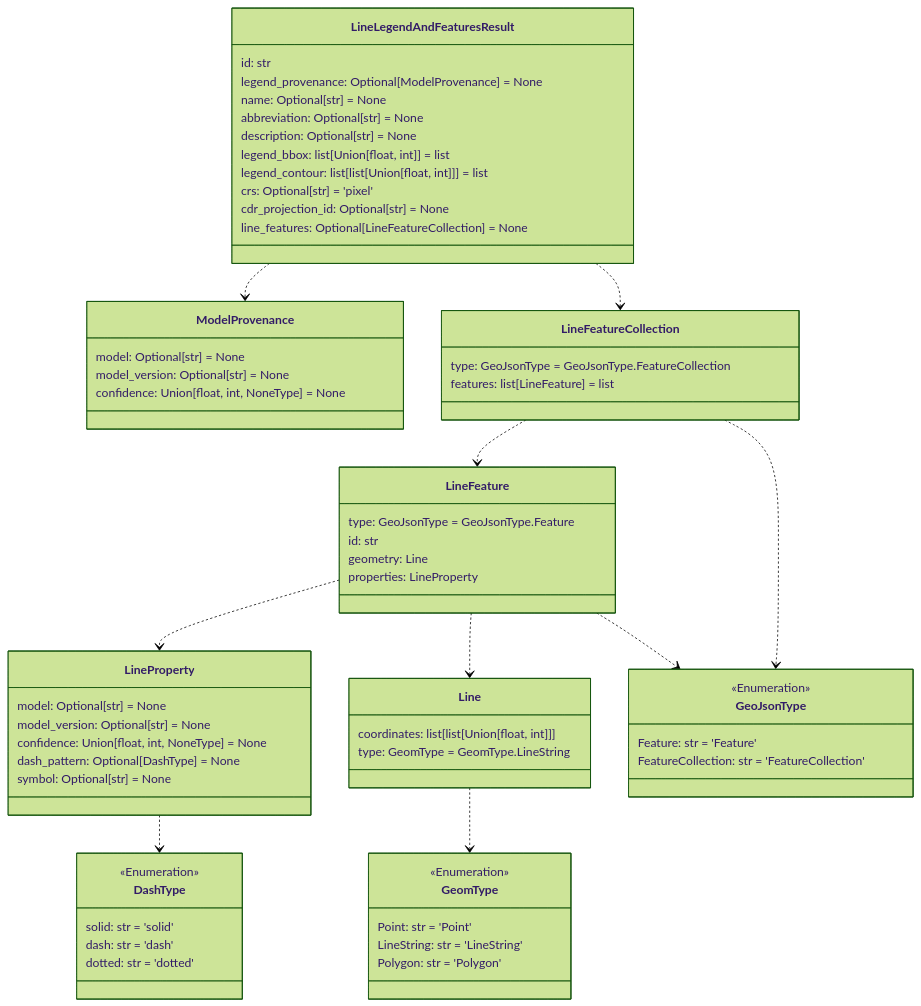
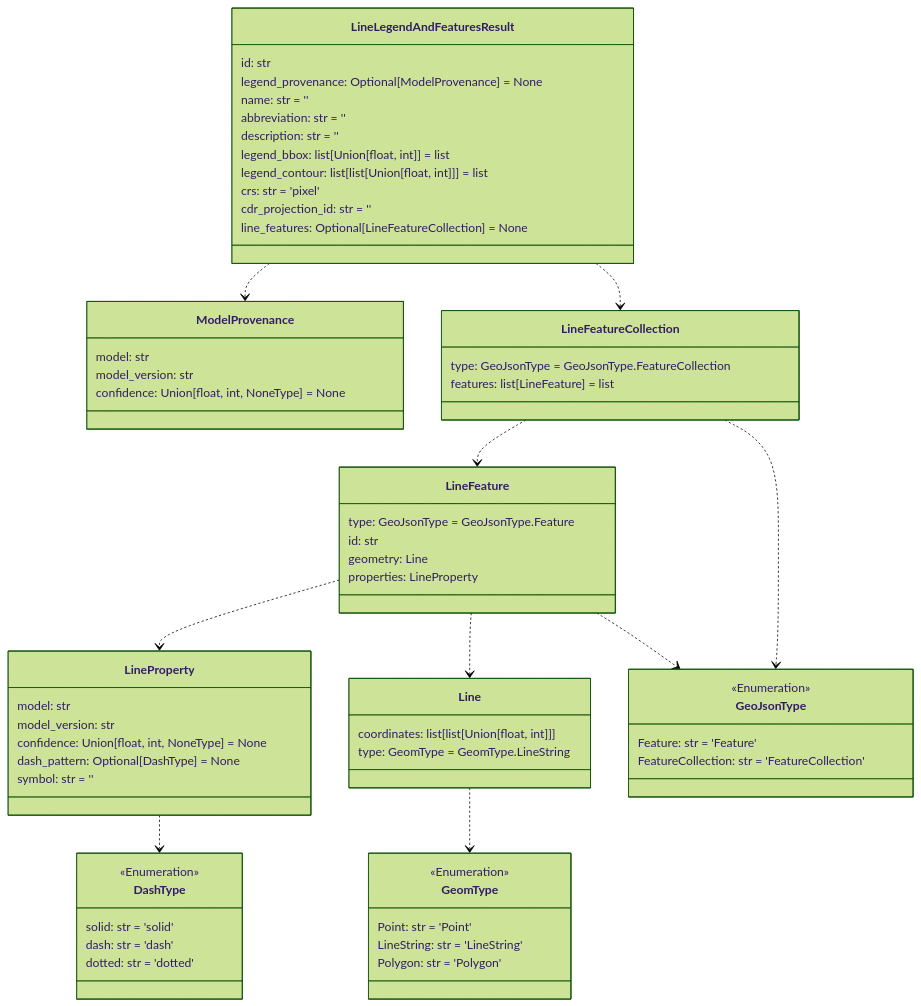
One commit to DARPA-CRITICALMAAS/cdr_schemas changed the sixth of 12 diagrams in README.md. Above: the diagram before and after it, drawn with Mermaid (forest theme). The commit also changed other lines of this file and 7 other files, not shown here.

````diff
--- a/README.md
+++ b/README.md
@@ -433,79 +433,79 @@
 ```mermaid
 classDiagram
 
+    class ModelProvenance {
+        model: str
+        model_version: str
+        confidence: Union[float, int, NoneType] = None
+    }
+
+    class GeomType {
+        <<Enumeration>>
+        Point: str = 'Point'
+        LineString: str = 'LineString'
+        Polygon: str = 'Polygon'
+    }
+
     class LineProperty {
-        model: Optional[str] = None
-        model_version: Optional[str] = None
+        model: str
+        model_version: str
         confidence: Union[float, int, NoneType] = None
         dash_pattern: Optional[DashType] = None
-        symbol: Optional[str] = None
+        symbol: str = ''
     }
 
     class DashType {
         <<Enumeration>>
         solid: str = 'solid'
         dash: str = 'dash'
         dotted: str = 'dotted'
     }
 
-    class Line {
-        coordinates: list[list[Union[float, int]]]
-        type: GeomType = GeomType.LineString
-    }
-
-    class GeomType {
-        <<Enumeration>>
-        Point: str = 'Point'
-        LineString: str = 'LineString'
-        Polygon: str = 'Polygon'
-    }
-
-    class ModelProvenance {
-        model: Optional[str] = None
-        model_version: Optional[str] = None
-        confidence: Union[float, int, NoneType] = None
+    class LineFeatureCollection {
+        type: GeoJsonType = GeoJsonType.FeatureCollection
+        features: list[LineFeature] = list
     }
 
     class LineFeature {
         type: GeoJsonType = GeoJsonType.Feature
         id: str
         geometry: Line
         properties: LineProperty
     }
 
-    class LineFeatureCollection {
-        type: GeoJsonType = GeoJsonType.FeatureCollection
-        features: list[LineFeature] = list
+    class Line {
+        coordinates: list[list[Union[float, int]]]
+        type: GeomType = GeomType.LineString
     }
 
     class GeoJsonType {
         <<Enumeration>>
         Feature: str = 'Feature'
         FeatureCollection: str = 'FeatureCollection'
     }
 
     class LineLegendAndFeaturesResult {
         id: str
         legend_provenance: Optional[ModelProvenance] = None
-        name: Optional[str] = None
-        abbreviation: Optional[str] = None
-        description: Optional[str] = None
+        name: str = ''
+        abbreviation: str = ''
+        description: str = ''
         legend_bbox: list[Union[float, int]] = list
         legend_contour: list[list[Union[float, int]]] = list
-        crs: Optional[str] = 'pixel'
-        cdr_projection_id: Optional[str] = None
+        crs: str = 'pixel'
+        cdr_projection_id: str = ''
         line_features: Optional[LineFeatureCollection] = None
     }
 
     Line ..> GeomType
     LineProperty ..> DashType
     LineFeature ..> LineProperty
     LineFeature ..> Line
     LineFeature ..> GeoJsonType
     LineFeatureCollection ..> LineFeature
     LineFeatureCollection ..> GeoJsonType
     LineLegendAndFeaturesResult ..> ModelProvenance
     LineLegendAndFeaturesResult ..> LineFeatureCollection
 
 
 ```
````
